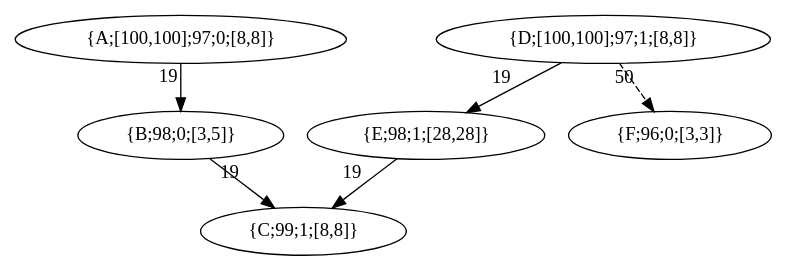
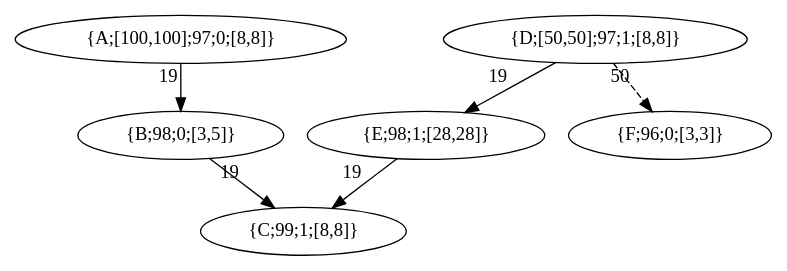
One commit to kevindadi/PPTPN changed the diagram in example/common-A.dot. Above: the diagram before and after it, drawn with Graphviz. The commit also changed 17 other files, not shown here.

```diff
--- a/example/common-A.dot
+++ b/example/common-A.dot
@@ -1,13 +1,13 @@
 digraph G {
     A [label = "{A;[100,100];97;0;[8,8]}";];
     A -> B [xlabel = "19"; style = "";];
     B [label = "{B;98;0;[3,5]}";];
     B -> C [xlabel = "19"; style = "";];
     C [label = "{C;99;1;[8,8]}";];
-    D [label = "{D;[100,100];97;1;[8,8]}";];
+    D [label = "{D;[50,50];97;1;[8,8]}";];
     D -> E [xlabel = "19"; style = "";];
     E [label = "{E;98;1;[28,28]}";];
     E -> C [xlabel = "19"; style = "";];
     D -> F [xlabel = "50"; style = "dashed";];
     F [label = "{F;96;0;[3,3]}";];
 }
```
